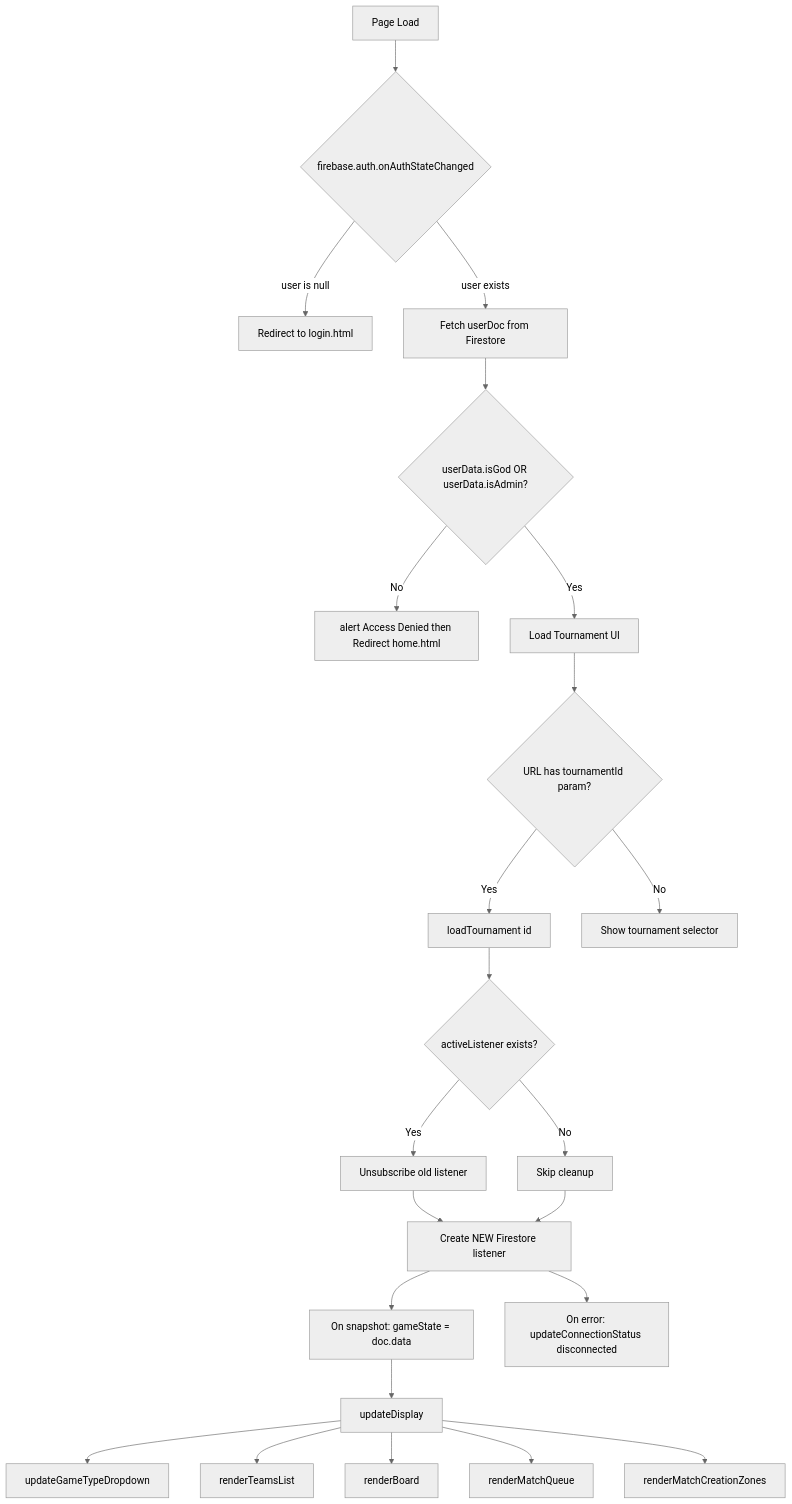
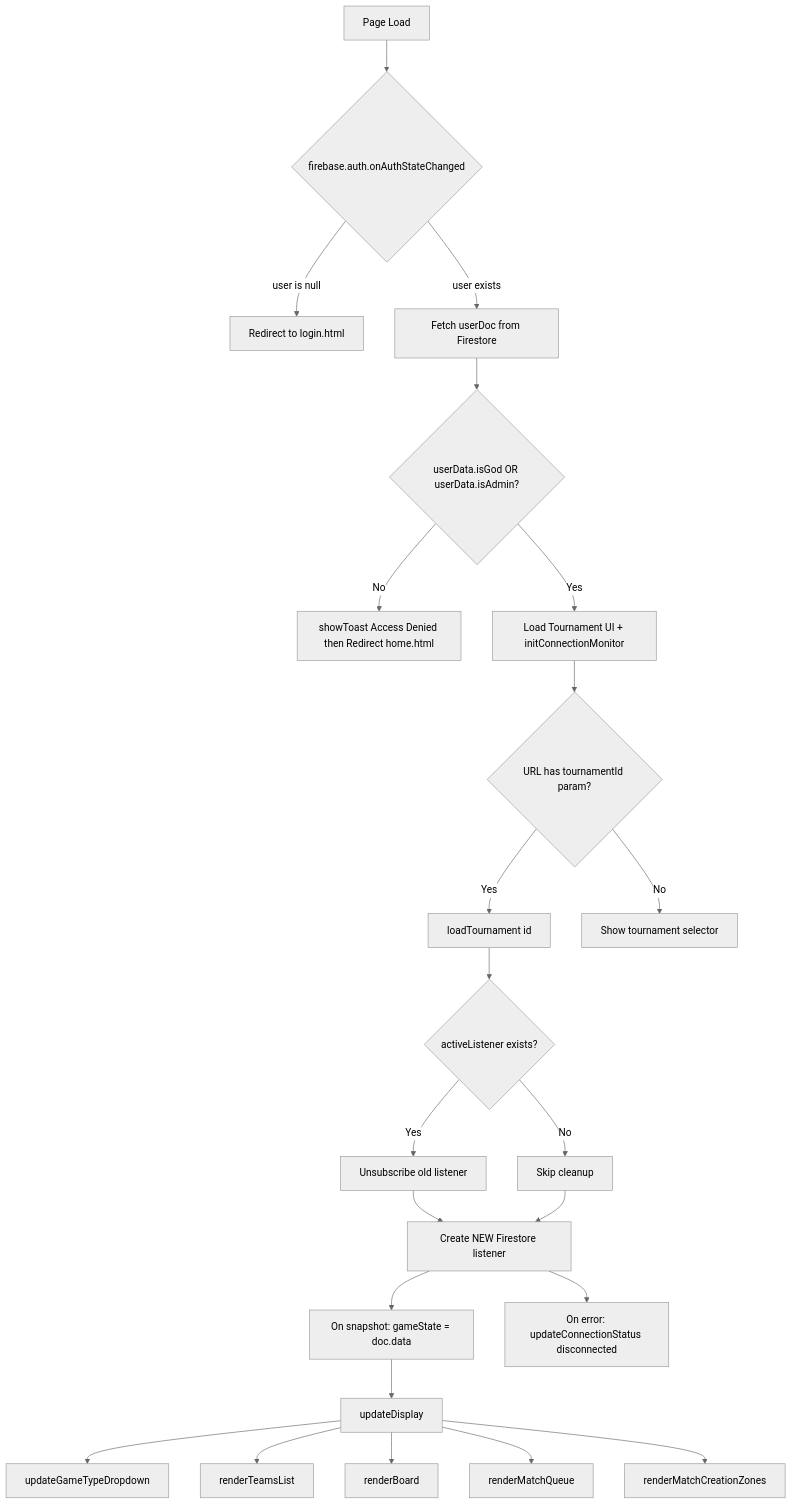
One commit to LNiitlahti/BoardGame changed the first of 10 diagrams in BoardGame/docs/architecture/admin-lightweight.md. Above: the diagram before and after it, drawn with Mermaid (neutral theme). The commit also changed other lines of this file and 17 other files, not shown here.

First line of the commit message:
Add toast notifications, seating order, connection monitor, and onboarding layout view

````diff
--- a/BoardGame/docs/architecture/admin-lightweight.md
+++ b/BoardGame/docs/architecture/admin-lightweight.md
@@ -8,25 +8,25 @@
 ```mermaid
 flowchart TD
     A[Page Load] --> B{firebase.auth.onAuthStateChanged}
     B -->|user is null| C[Redirect to login.html]
     B -->|user exists| D[Fetch userDoc from Firestore]
     D --> E{userData.isGod OR userData.isAdmin?}
-    E -->|No| F[alert Access Denied then Redirect home.html]
-    E -->|Yes| G[Load Tournament UI]
+    E -->|No| F[showToast Access Denied then Redirect home.html]
+    E -->|Yes| G[Load Tournament UI + initConnectionMonitor]
     G --> H{URL has tournamentId param?}
     H -->|Yes| I[loadTournament id]
     H -->|No| J[Show tournament selector]
     I --> K{activeListener exists?}
     K -->|Yes| L[Unsubscribe old listener]
     K -->|No| M[Skip cleanup]
     L --> N[Create NEW Firestore listener]
     M --> N
     N --> O[On snapshot: gameState = doc.data]
     O --> P[updateDisplay]
     P --> Q[updateGameTypeDropdown]
     P --> R[renderTeamsList]
     P --> S[renderBoard]
     P --> T[renderMatchQueue]
     P --> U[renderMatchCreationZones]
     N --> V[On error: updateConnectionStatus disconnected]
 ```
````
